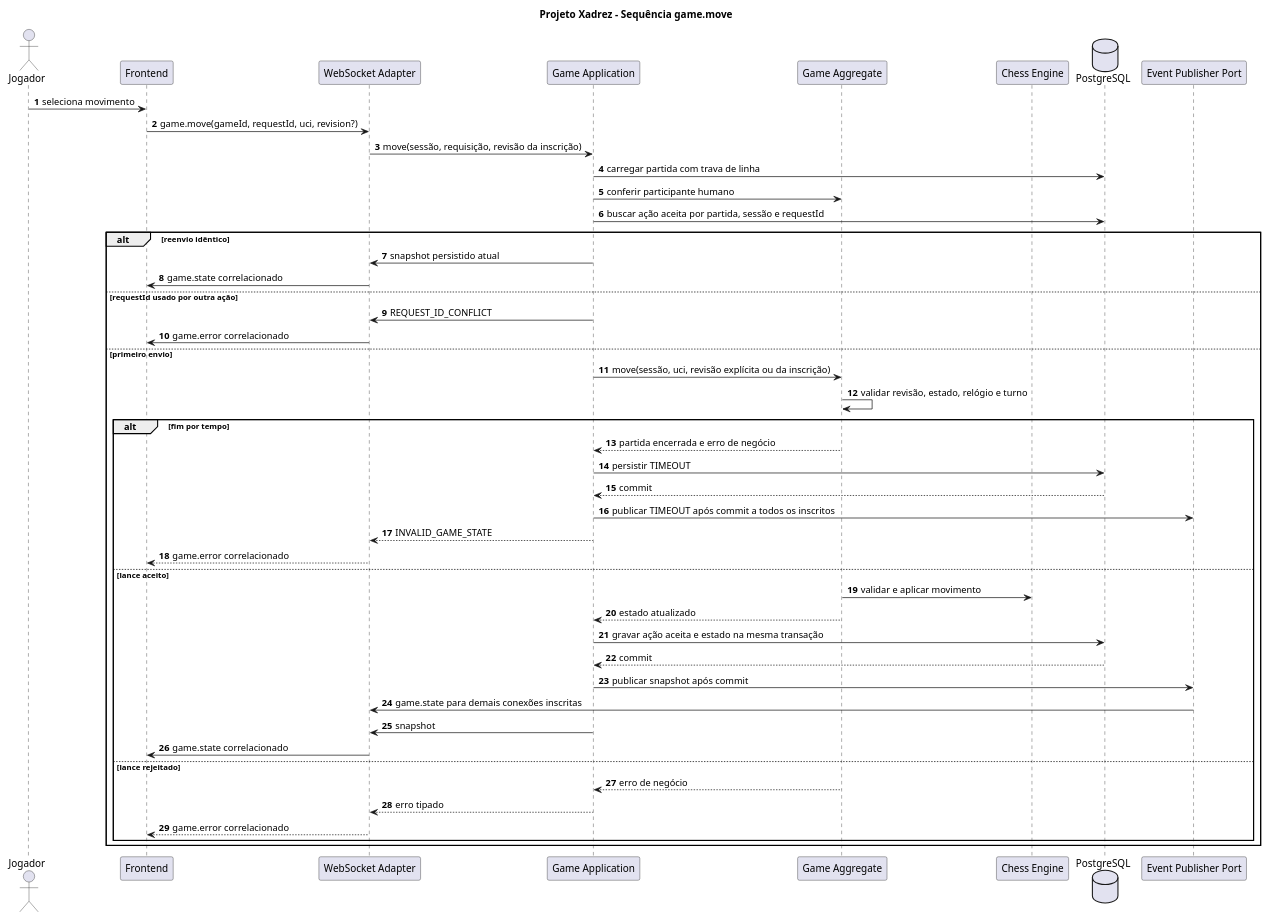
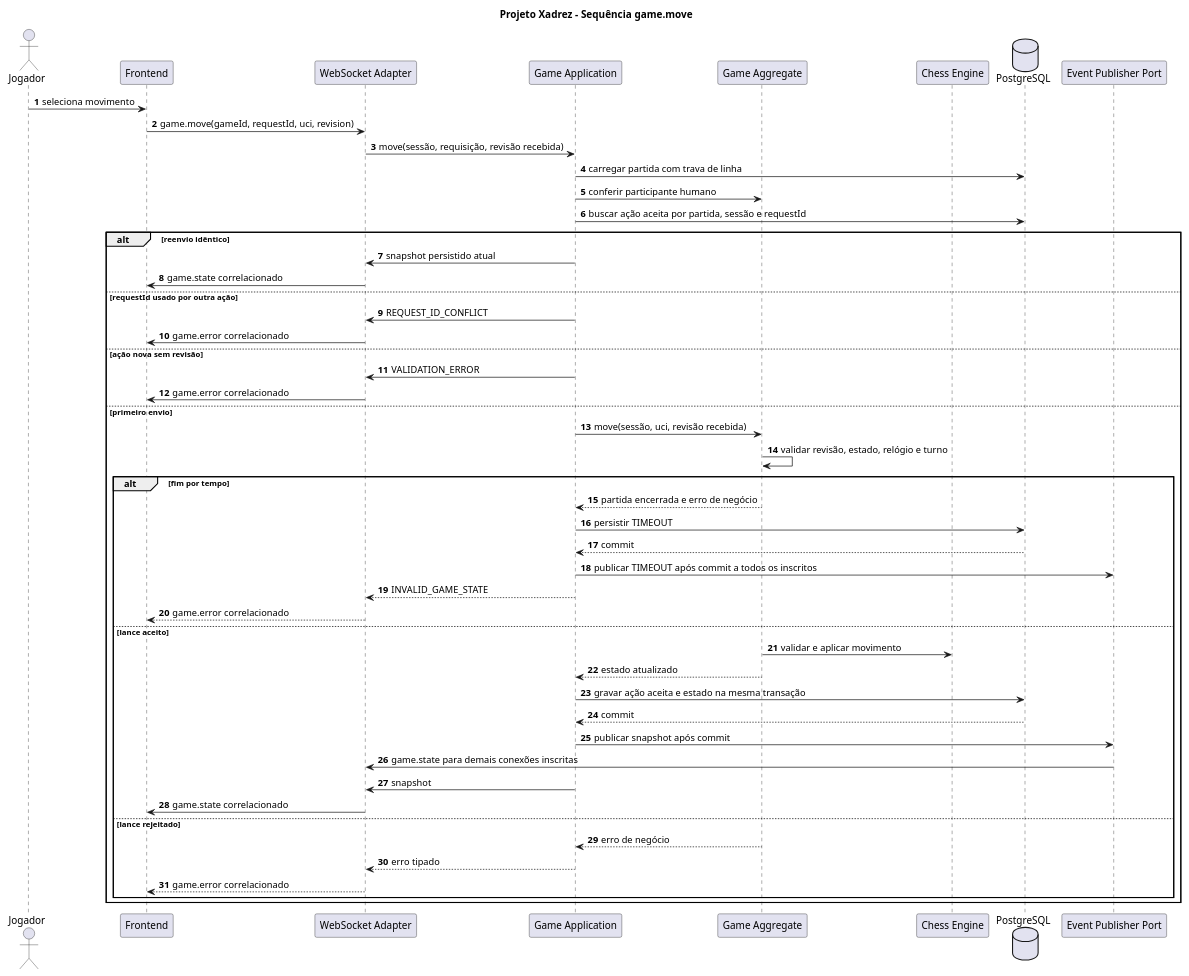
One commit to brenomega/chess-backend changed the diagram in docs/architecture/diagrams/sequence-game-move.puml. Above: the diagram before and after it, drawn with PlantUML. The commit also changed 3 other files, not shown here.

```diff
--- a/docs/architecture/diagrams/sequence-game-move.puml
+++ b/docs/architecture/diagrams/sequence-game-move.puml
@@ -1,52 +1,55 @@
 @startuml
 title Projeto Xadrez - Sequência game.move
 
 autonumber
 actor Jogador
 participant "Frontend" as FE
 participant "WebSocket Adapter" as WS
 participant "Game Application" as APP
 participant "Game Aggregate" as GAME
 participant "Chess Engine" as CHESS
 database "PostgreSQL" as DB
 participant "Event Publisher Port" as EVENTS
 
 Jogador -> FE: seleciona movimento
-FE -> WS: game.move(gameId, requestId, uci, revision?)
-WS -> APP: move(sessão, requisição, revisão da inscrição)
+FE -> WS: game.move(gameId, requestId, uci, revision)
+WS -> APP: move(sessão, requisição, revisão recebida)
 APP -> DB: carregar partida com trava de linha
 APP -> GAME: conferir participante humano
 APP -> DB: buscar ação aceita por partida, sessão e requestId
 
 alt reenvio idêntico
   APP -> WS: snapshot persistido atual
   WS -> FE: game.state correlacionado
 else requestId usado por outra ação
   APP -> WS: REQUEST_ID_CONFLICT
   WS -> FE: game.error correlacionado
+else ação nova sem revisão
+  APP -> WS: VALIDATION_ERROR
+  WS -> FE: game.error correlacionado
 else primeiro envio
-  APP -> GAME: move(sessão, uci, revisão explícita ou da inscrição)
+  APP -> GAME: move(sessão, uci, revisão recebida)
   GAME -> GAME: validar revisão, estado, relógio e turno
   alt fim por tempo
     GAME --> APP: partida encerrada e erro de negócio
     APP -> DB: persistir TIMEOUT
     DB --> APP: commit
     APP -> EVENTS: publicar TIMEOUT após commit a todos os inscritos
     APP --> WS: INVALID_GAME_STATE
     WS --> FE: game.error correlacionado
   else lance aceito
     GAME -> CHESS: validar e aplicar movimento
     GAME --> APP: estado atualizado
     APP -> DB: gravar ação aceita e estado na mesma transação
     DB --> APP: commit
     APP -> EVENTS: publicar snapshot após commit
     EVENTS -> WS: game.state para demais conexões inscritas
     APP -> WS: snapshot
     WS -> FE: game.state correlacionado
   else lance rejeitado
     GAME --> APP: erro de negócio
     APP --> WS: erro tipado
     WS --> FE: game.error correlacionado
   end
 end
 @enduml
```
